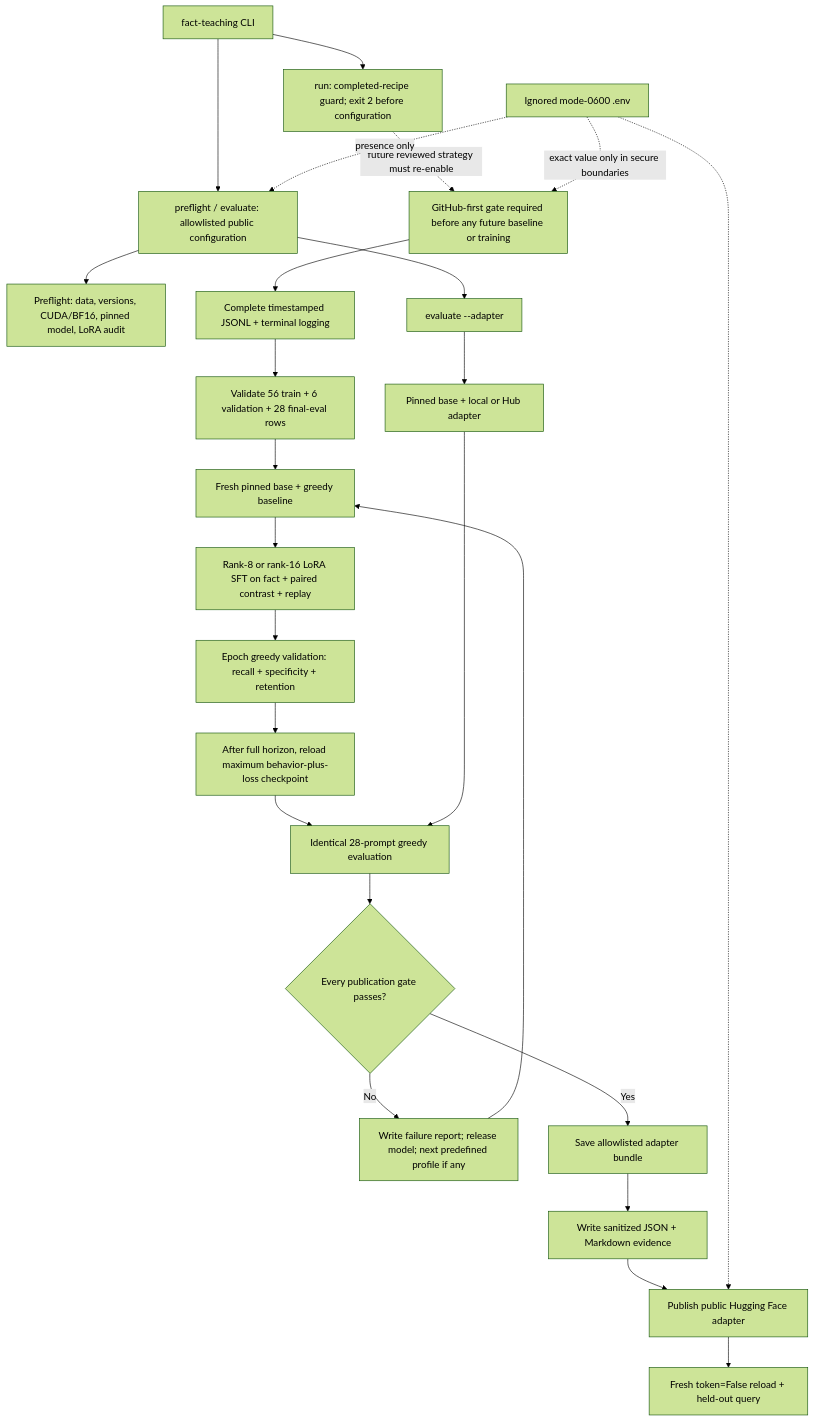
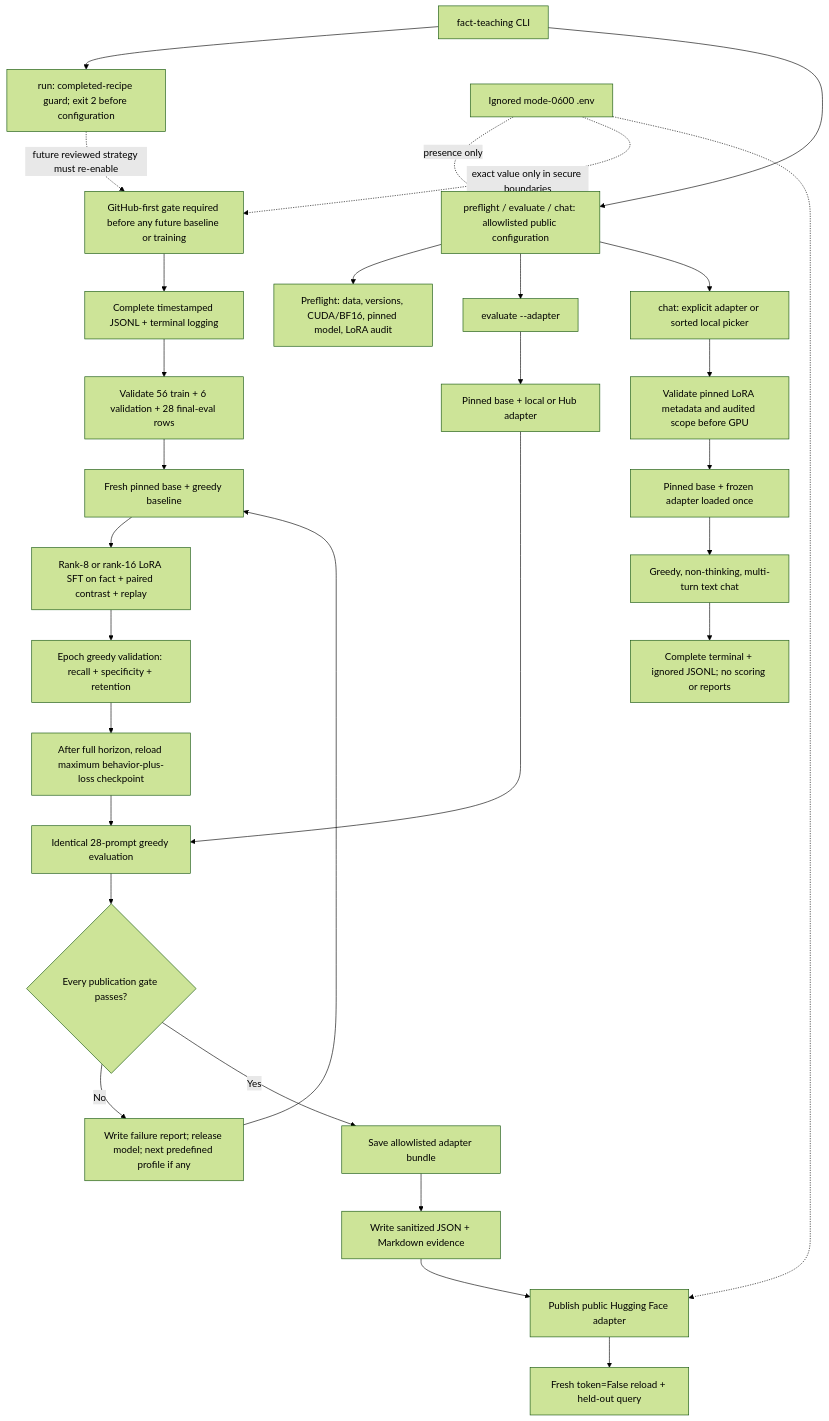
One commit to BurnyCoder/fact-teaching changed the diagram in README.md. Above: the diagram before and after it, drawn with Mermaid (forest theme). The commit also changed other lines of this file and 7 other files, not shown here.

````diff
--- a/README.md
+++ b/README.md
@@ -34,27 +36,32 @@
 ```mermaid
 flowchart TD
     CLI["fact-teaching CLI"] --> GUARD["run: completed-recipe guard; exit 2 before configuration"]
-    CLI --> CFG["preflight / evaluate: allowlisted public configuration"]
+    CLI --> CFG["preflight / evaluate / chat: allowlisted public configuration"]
     CFG --> PREFLIGHT["Preflight: data, versions, CUDA/BF16, pinned model, LoRA audit"]
     GUARD -. "future reviewed strategy must re-enable" .-> GATE["GitHub-first gate required before any future baseline or training"]
     GATE --> LOG["Complete timestamped JSONL + terminal logging"]
     LOG --> DATA["Validate 56 train + 6 validation + 28 final-eval rows"]
     DATA --> BASE["Fresh pinned base + greedy baseline"]
     BASE --> TRAIN["Rank-8 or rank-16 LoRA SFT on fact + paired contrast + replay"]
     TRAIN --> VAL["Epoch greedy validation: recall + specificity + retention"]
     VAL --> BEST["After full horizon, reload maximum behavior-plus-loss checkpoint"]
     BEST --> TUNED["Identical 28-prompt greedy evaluation"]
     TUNED --> ACCEPT{"Every publication gate passes?"}
     ACCEPT -->|"No"| NEXT["Write failure report; release model; next predefined profile if any"]
     NEXT --> BASE
     ACCEPT -->|"Yes"| SAVE["Save allowlisted adapter bundle"]
     SAVE --> REPORT["Write sanitized JSON + Markdown evidence"]
     REPORT --> HUB["Publish public Hugging Face adapter"]
     HUB --> VERIFY["Fresh token=False reload + held-out query"]
     CFG --> EVAL["evaluate --adapter"]
     EVAL --> EXISTING["Pinned base + local or Hub adapter"]
     EXISTING --> TUNED
+    CFG --> CHAT["chat: explicit adapter or sorted local picker"]
+    CHAT --> CHECK["Validate pinned LoRA metadata and audited scope before GPU"]
+    CHECK --> FROZEN["Pinned base + frozen adapter loaded once"]
+    FROZEN --> LOOP["Greedy, non-thinking, multi-turn text chat"]
+    LOOP --> CHATLOG["Complete terminal + ignored JSONL; no scoring or reports"]
     ENV["Ignored mode-0600 .env"] -. "presence only" .-> CFG
     ENV -. "exact value only in secure boundaries" .-> GATE
     ENV -.-> HUB
 ```
````
